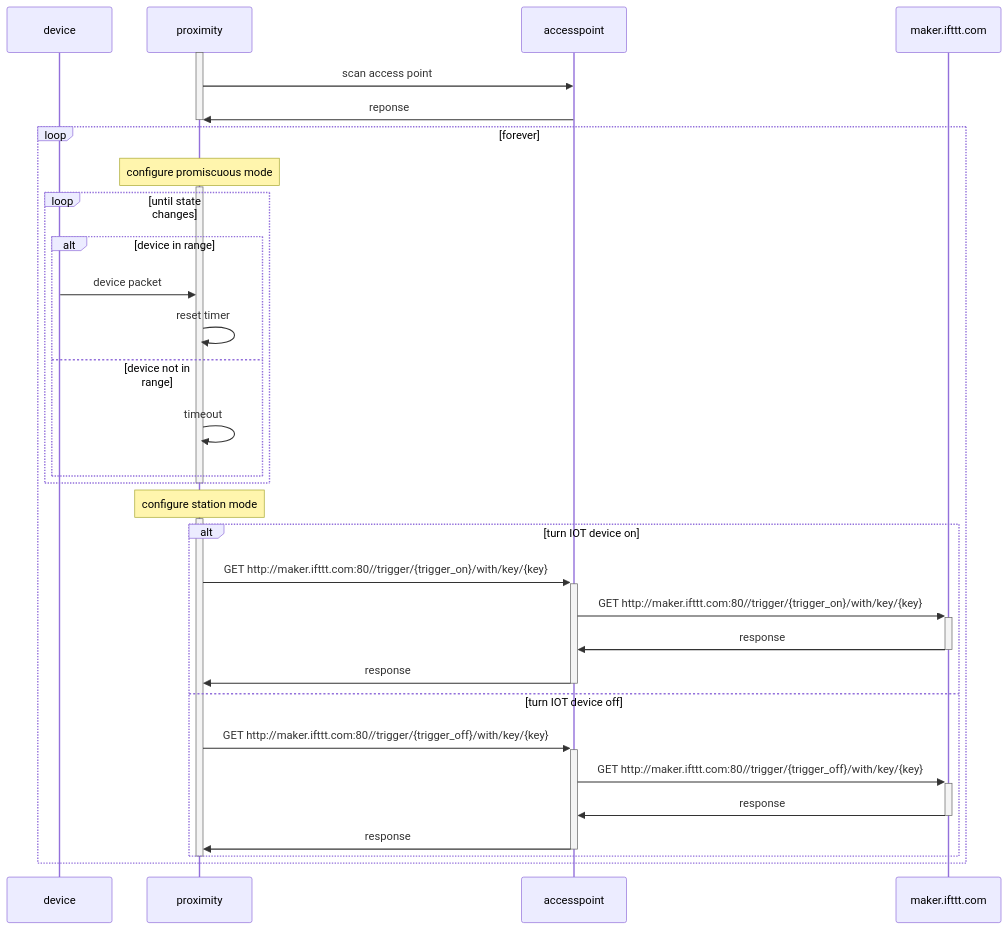
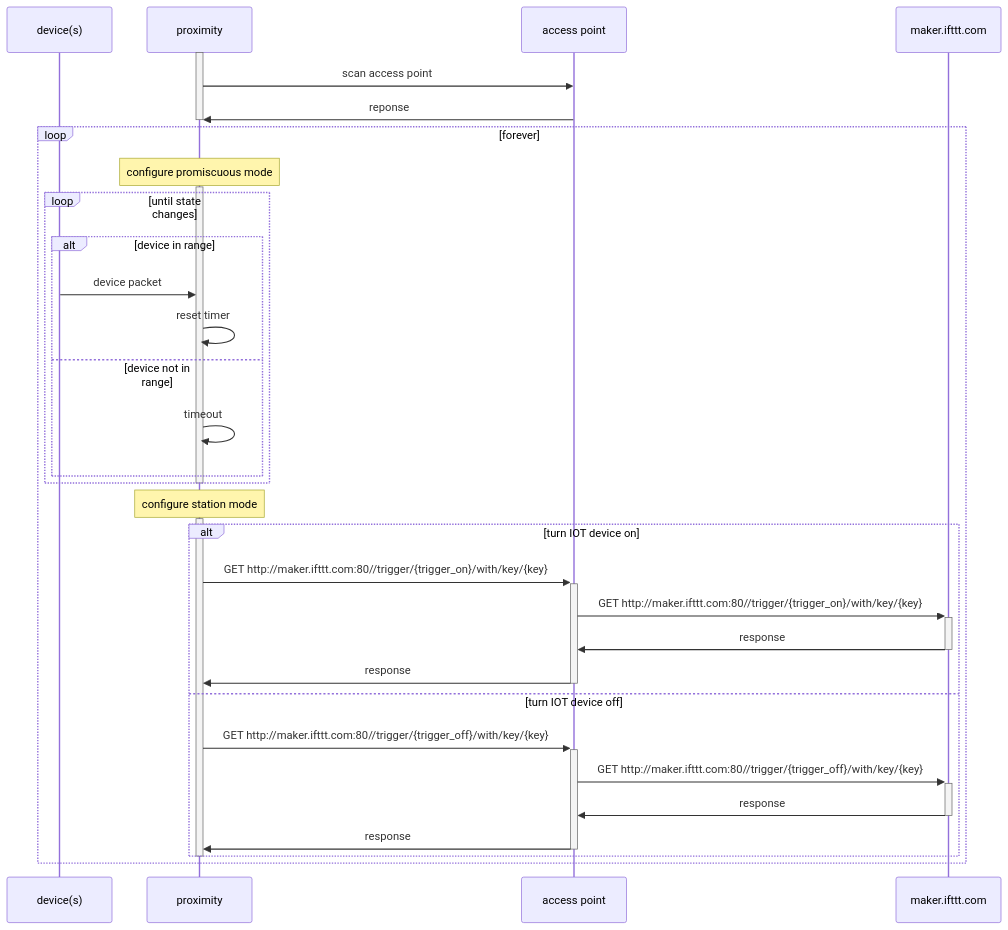
The diagram in README.md (smcolash/proximity), drawn with Mermaid before and after one commit.

````diff
--- a/README.md
+++ b/README.md
@@ -29,45 +29,45 @@
 ```mermaid
 sequenceDiagram
-  participant D as device
+  participant D as device(s)
   participant P as proximity
-  participant A as accesspoint
+  participant A as access point
   participant I as maker.ifttt.com
 
   activate P
   P->>A: scan access point
   A->>P: reponse
   deactivate P
 
   loop forever
     note over P: configure promiscuous mode
 
     activate P
     loop until state changes
     alt device in range
       D->>P: device packet
       P->>P: reset timer
     else device not in range
       P->>P: timeout
     end
     end
     deactivate P
 
     note over P: configure station mode
     activate P
     alt turn IOT device on
       P->>+A: GET http://maker.ifttt.com:80//trigger/{trigger_on}/with/key/{key}
       A->>+I: GET http://maker.ifttt.com:80//trigger/{trigger_on}/with/key/{key}
       I->>-A: response
       A->>-P: response
     else turn IOT device off
       P->>+A: GET http://maker.ifttt.com:80//trigger/{trigger_off}/with/key/{key}
       A->>+I: GET http://maker.ifttt.com:80//trigger/{trigger_off}/with/key/{key}
       I->>-A: response
       A->>-P: response
     end
     deactivate P
 end
 
 
 
 ```
````
